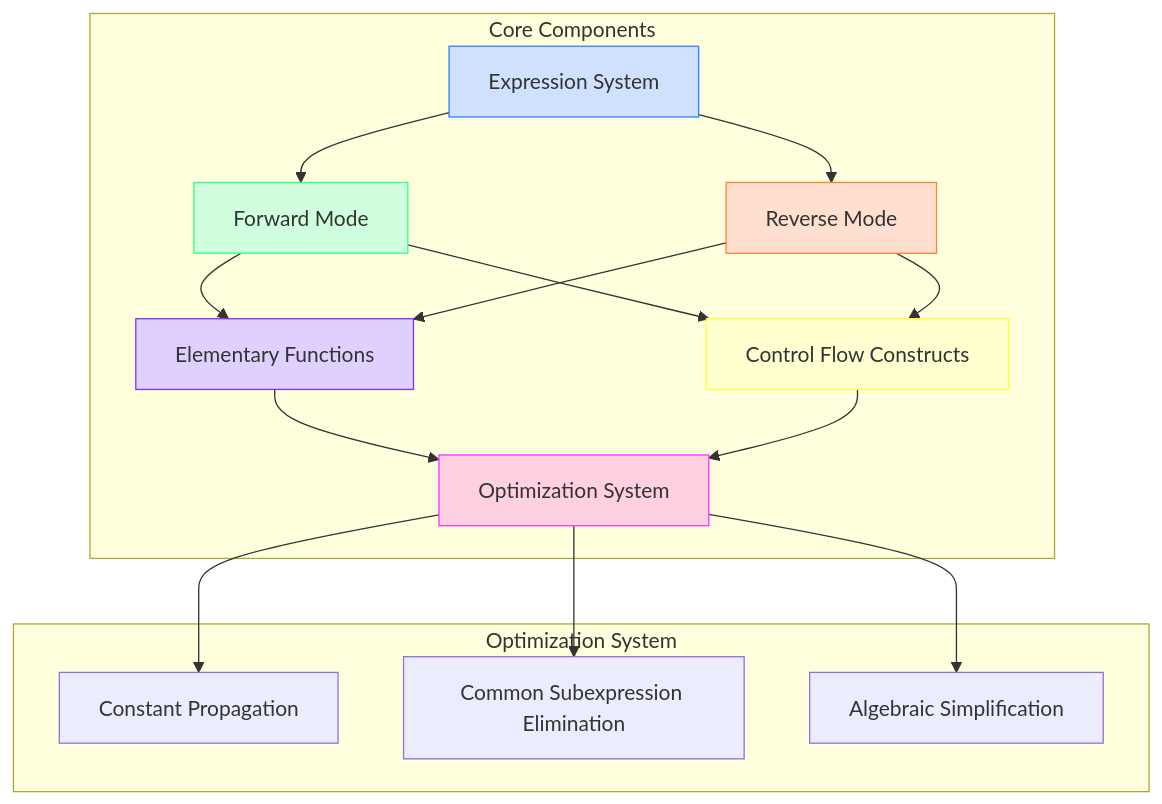
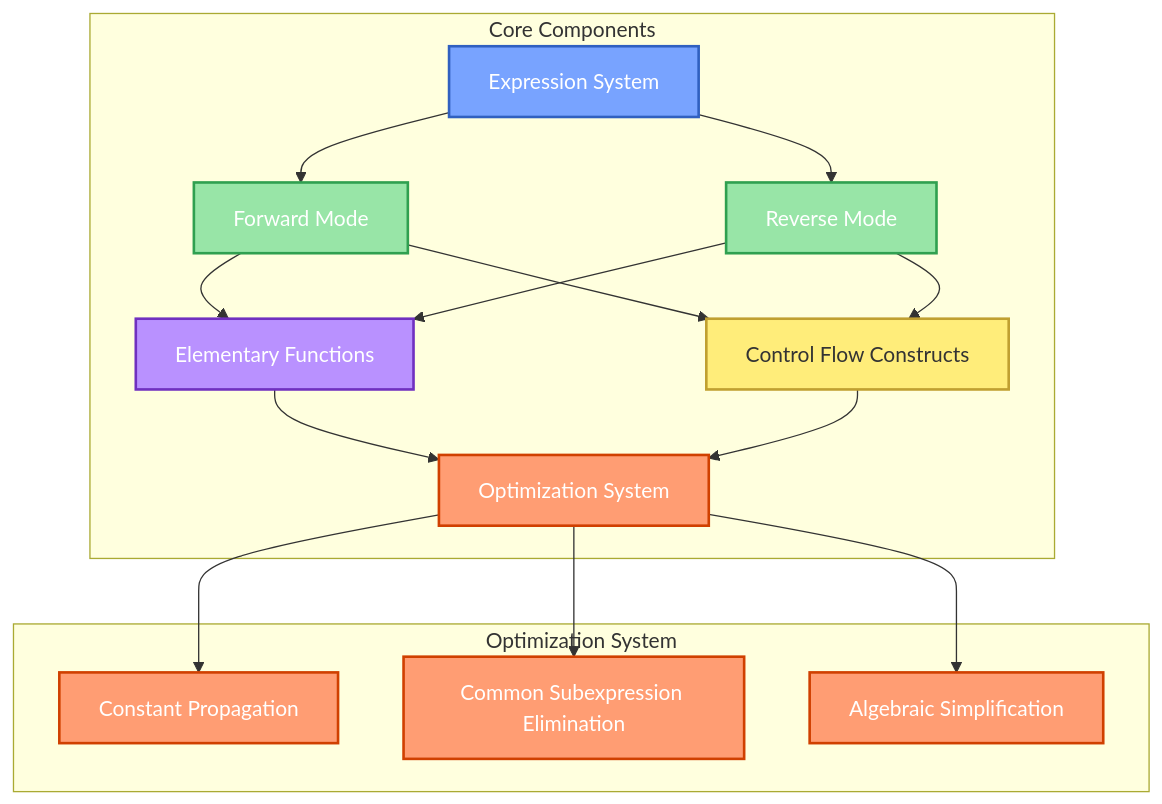
One commit to rdguerrerom/AutoDiff changed the first of 5 diagrams in README.md. Above: the diagram before and after it, drawn with Mermaid. The commit also changed other lines of this file and 8 other files, not shown here.

````diff
--- a/README.md
+++ b/README.md
@@ -61,26 +61,31 @@
 ```mermaid
 flowchart TD
     subgraph "Core Components"
         A[Expression System] --> B[Forward Mode]
         A --> C[Reverse Mode]
         B --> D[Elementary Functions]
         C --> D
         B --> E[Control Flow Constructs]
         C --> E
         D --> F[Optimization System]
         E --> F
     end
     
     subgraph "Optimization System"
         F --> G[Constant Propagation]
         F --> H[Common Subexpression Elimination]
         F --> I[Algebraic Simplification]
     end
     
-    style A fill:#d0e0ff,stroke:#3080ff
-    style B fill:#d0ffe0,stroke:#30ff80
-    style C fill:#ffe0d0,stroke:#ff8030
-    style D fill:#e0d0ff,stroke:#8030ff
-    style E fill:#ffffd0,stroke:#ffff30
-    style F fill:#ffd0e0,stroke:#ff30ff
+    classDef core fill:#78a3ff,stroke:#3060c0,stroke-width:2px,color:#fff
+    classDef mode fill:#98e5a7,stroke:#30a050,stroke-width:2px,color:#fff
+    classDef feature fill:#b991ff,stroke:#7030c0,stroke-width:2px,color:#fff
+    classDef optimization fill:#ff9d73,stroke:#d04000,stroke-width:2px,color:#fff
+    classDef control fill:#ffed7a,stroke:#c0a030,stroke-width:2px,color:#333
+    
+    class A core
+    class B,C mode
+    class D feature
+    class E control
+    class F,G,H,I optimization
 ```
````
